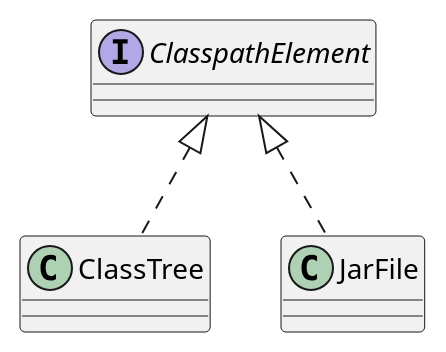
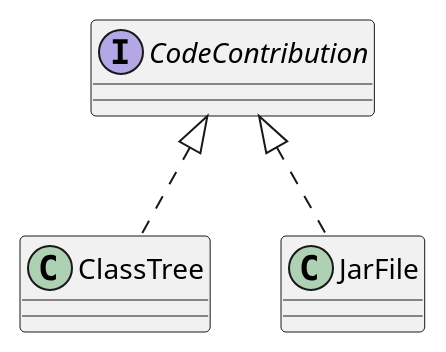
The fifth of 5 diagrams in overview.md (mnlipp/JDrupes-Builder), drawn with PlantUML before and after one commit. The commit also changed other lines of this file and 62 other files, not shown here.

```diff
--- a/overview.md
+++ b/overview.md
@@ -66,8 +66,8 @@
 @startuml java-base-types.svg
 class ClassTree
 class JarFile
-interface ClasspathElement
+interface CodeContribution
 
-ClasspathElement <|.down. JarFile
-ClasspathElement <|.down. ClassTree
+CodeContribution <|.down. JarFile
+CodeContribution <|.down. ClassTree
 @enduml
```
